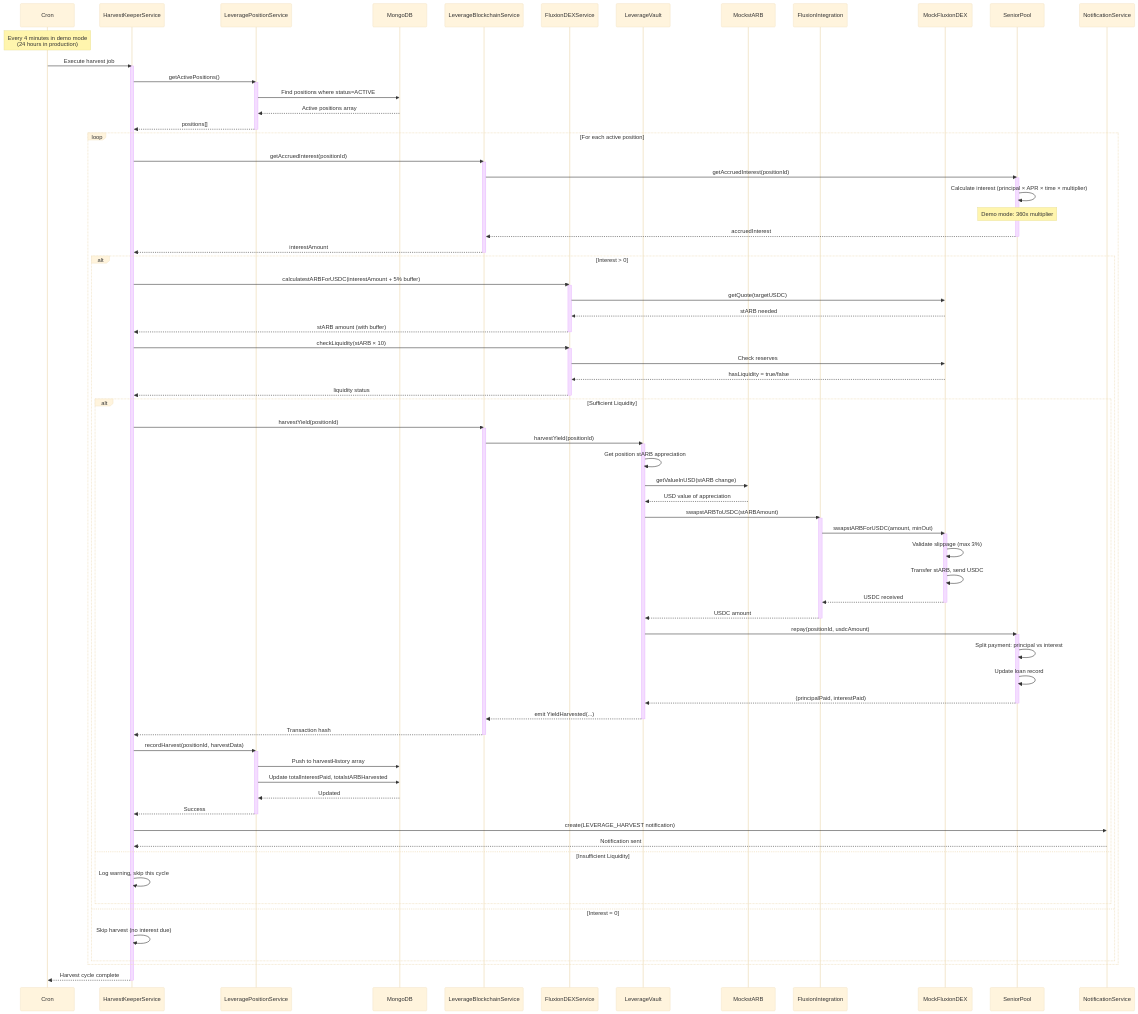
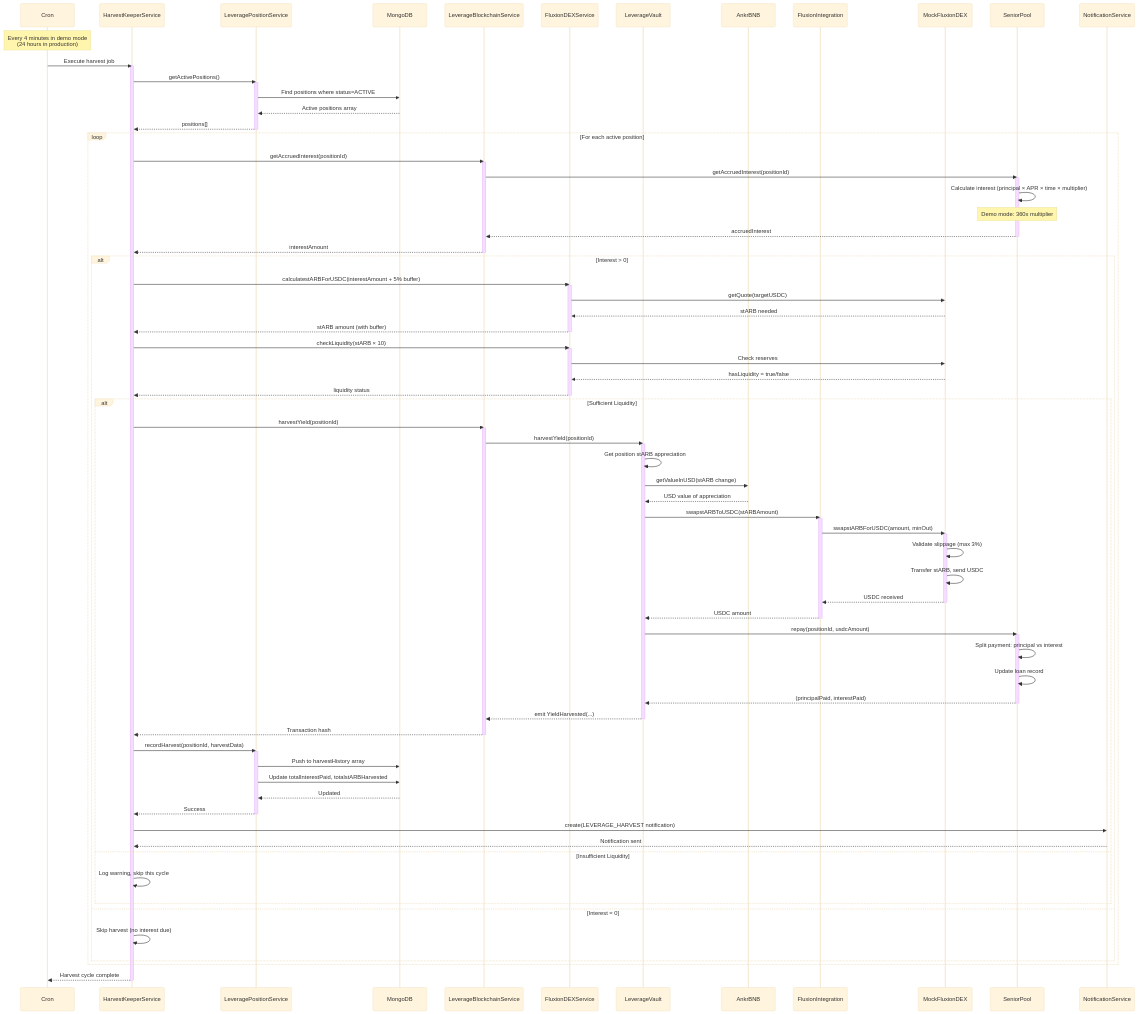
The second of 4 diagrams in docs/backend/SEQUENCE_DIAGRAMS.md (TheOpenAssets/TOA-Client), drawn with Mermaid (base theme) before and after one commit. The commit also changed other lines of this file and 193 other files, not shown here.

```diff
--- a/docs/backend/SEQUENCE_DIAGRAMS.md
+++ b/docs/backend/SEQUENCE_DIAGRAMS.md
@@ -112,7 +112,7 @@
     participant LeverageBlockchainService
     participant FluxionDEXService
     participant LeverageVault
-    participant MockstARB
+    participant AnkrBNB
     participant FluxionIntegration
     participant MockFluxionDEX
     participant SeniorPool
@@ -165,8 +165,8 @@
                 activate LeverageVault
 
                 LeverageVault->>LeverageVault: Get position stARB appreciation
-                LeverageVault->>MockstARB: getValueInUSD(stARB change)
-                MockstARB-->>LeverageVault: USD value of appreciation
+                LeverageVault->>AnkrBNB: getValueInUSD(stARB change)
+                AnkrBNB-->>LeverageVault: USD value of appreciation
 
                 LeverageVault->>FluxionIntegration: swapstARBToUSDC(stARBAmount)
                 activate FluxionIntegration
```
